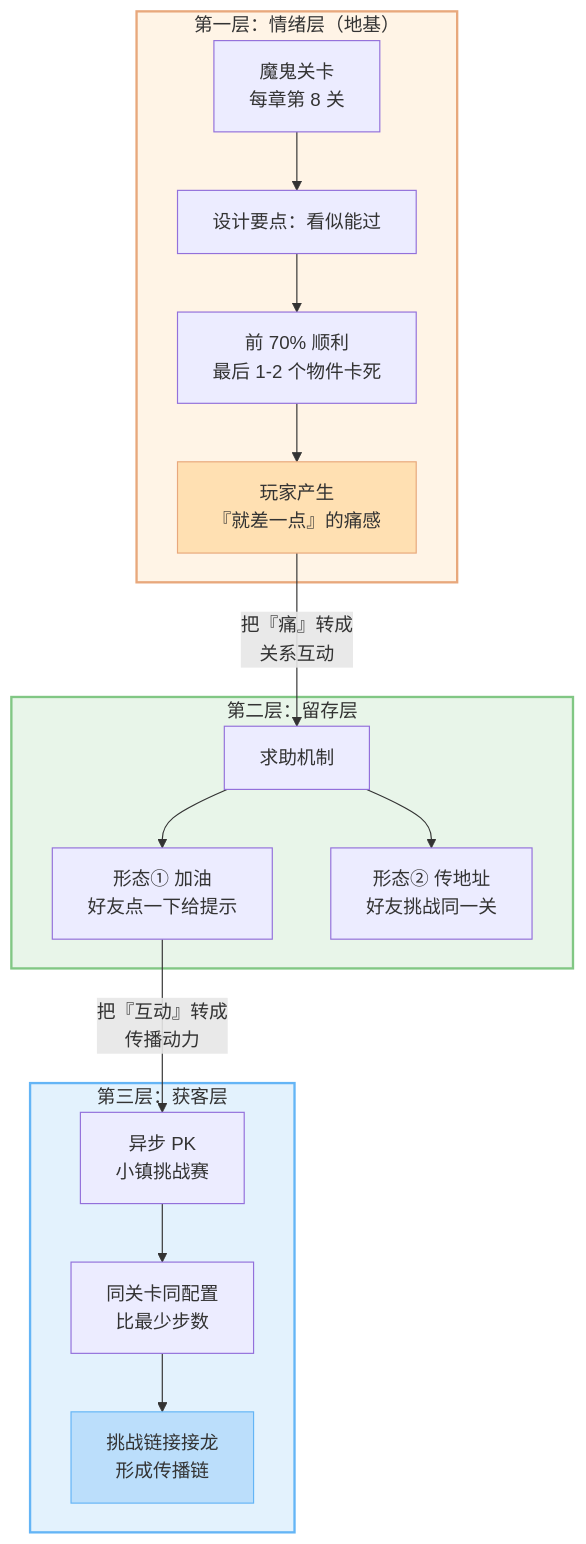
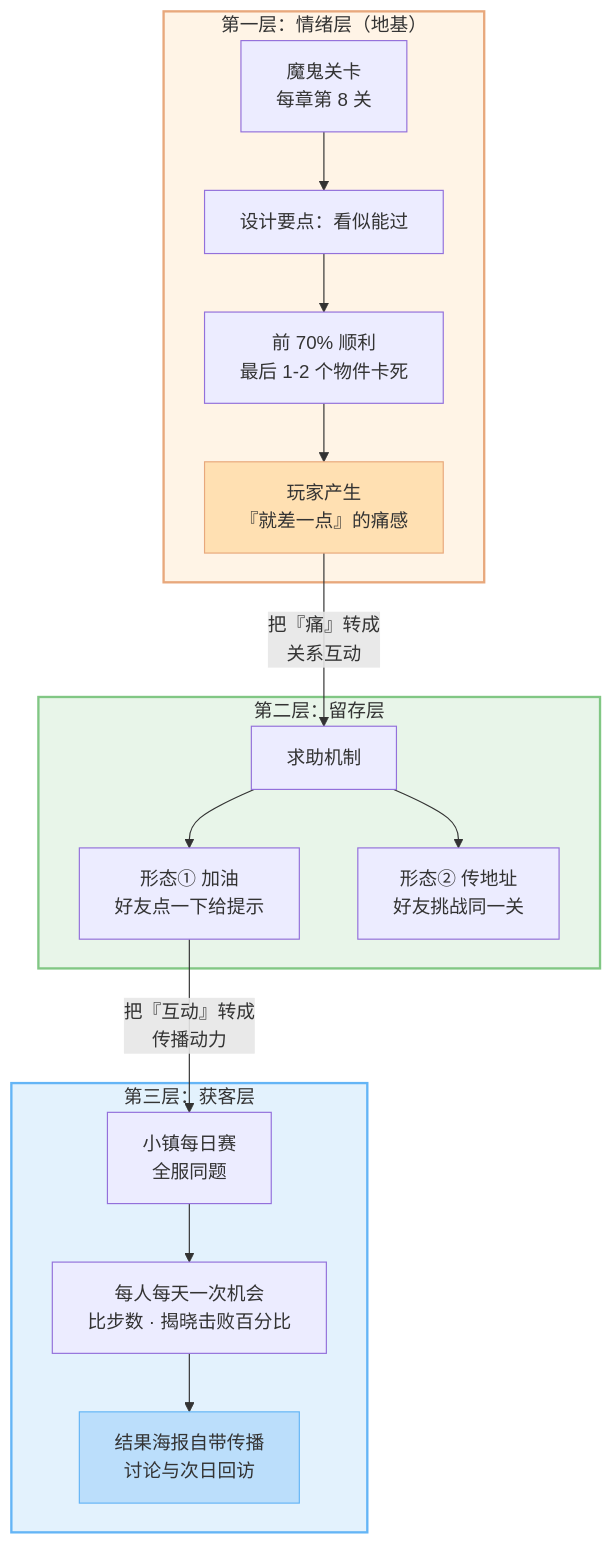
Before and after one commit to yuanbo-wang/game_box: the first of 8 diagrams in docs/02-flowcharts.md, drawn with Mermaid. The commit also changed other lines of this file and 4 other files, not shown here.

````diff
--- a/docs/02-flowcharts.md
+++ b/docs/02-flowcharts.md
@@ -24,34 +25,34 @@
 ```mermaid
 graph TB
     subgraph L1["第一层：情绪层（地基）"]
         A1["魔鬼关卡<br/>每章第 8 关"]
         A2["设计要点：看似能过"]
         A3["前 70% 顺利<br/>最后 1-2 个物件卡死"]
         A4["玩家产生<br/>『就差一点』的痛感"]
         A1 --> A2 --> A3 --> A4
     end
 
     subgraph L2["第二层：留存层"]
         B1["求助机制"]
         B2["形态① 加油<br/>好友点一下给提示"]
         B3["形态② 传地址<br/>好友挑战同一关"]
         B1 --> B2
         B1 --> B3
     end
 
     subgraph L3["第三层：获客层"]
-        C1["异步 PK<br/>小镇挑战赛"]
-        C2["同关卡同配置<br/>比最少步数"]
-        C3["挑战链接接龙<br/>形成传播链"]
+        C1["小镇每日赛<br/>全服同题"]
+        C2["每人每天一次机会<br/>比步数 · 揭晓击败百分比"]
+        C3["结果海报自带传播<br/>讨论与次日回访"]
         C1 --> C2 --> C3
     end
 
     A4 -->|"把『痛』转成<br/>关系互动"| B1
     B2 -->|"把『互动』转成<br/>传播动力"| C1
 
     style L1 fill:#FFF4E6,stroke:#E8A87C,stroke-width:2px
     style L2 fill:#E8F5E9,stroke:#81C784,stroke-width:2px
     style L3 fill:#E3F2FD,stroke:#64B5F6,stroke-width:2px
     style A4 fill:#FFE0B2,stroke:#E8A87C
     style C3 fill:#BBDEFB,stroke:#64B5F6
 ```
````
